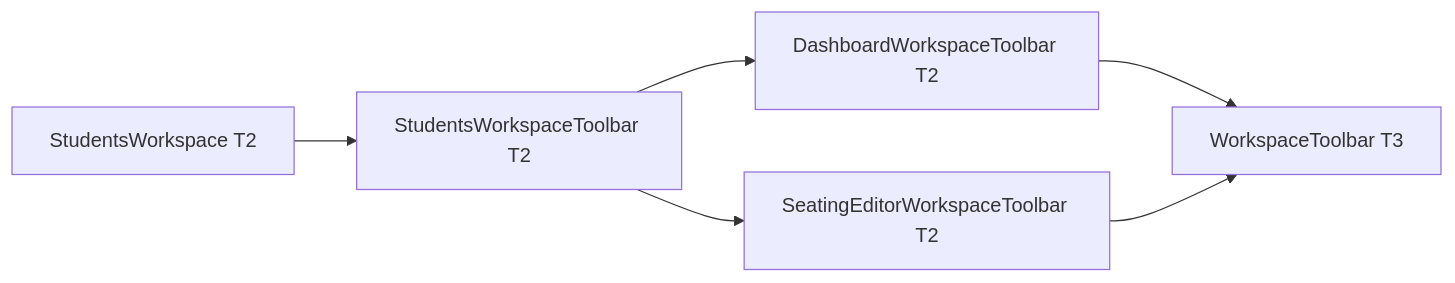
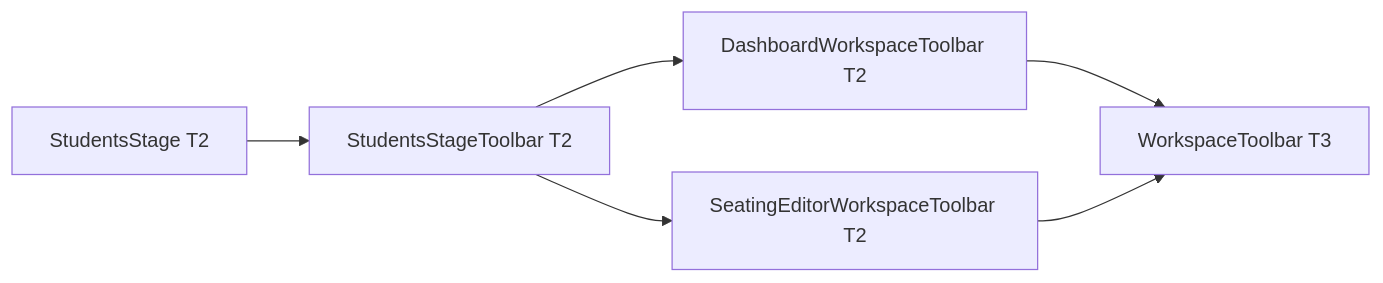
Before and after one commit to kisdreamteam/KIS-Points-V2-Live: the second of 3 diagrams in docs/architecture-plan.md, drawn with Mermaid. The commit also changed other lines of this file and 14 other files, not shown here.

First line of the commit message:
refactor(students,seating): align stage and workspace naming

````diff
--- a/docs/architecture-plan.md
+++ b/docs/architecture-plan.md
@@ -156,13 +156,13 @@
 ```mermaid
 flowchart LR
-  SW[StudentsWorkspace T2]
-  SWT[StudentsWorkspaceToolbar T2]
+  SW[StudentsStage T2]
+  SWT[StudentsStageToolbar T2]
   DWT[DashboardWorkspaceToolbar T2]
   SEWT[SeatingEditorWorkspaceToolbar T2]
   WT[WorkspaceToolbar T3]
   SW --> SWT
   SWT --> DWT
   SWT --> SEWT
   DWT --> WT
   SEWT --> WT
 ```
````
